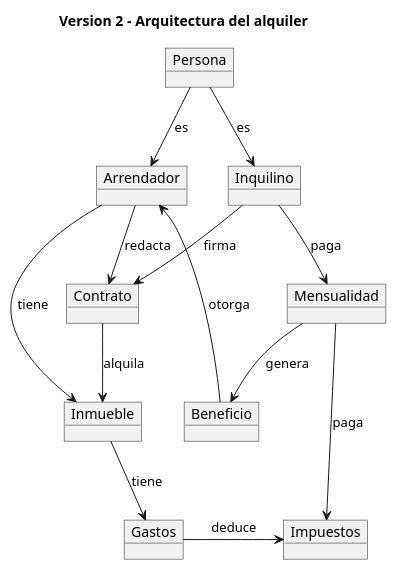
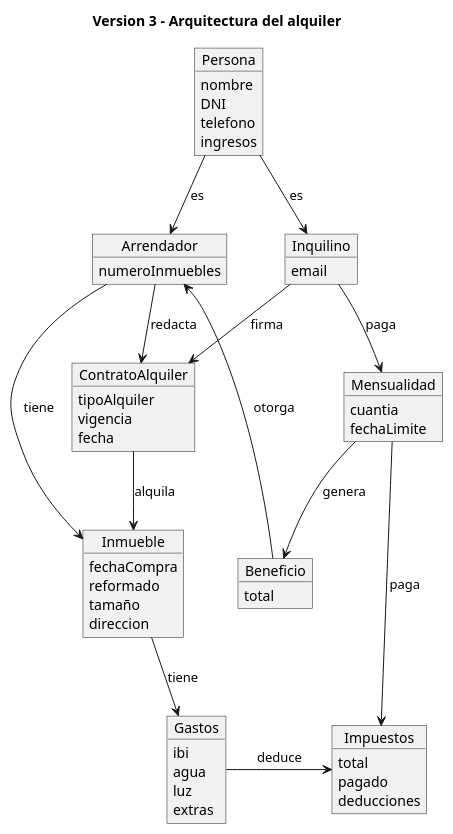
Before and after one commit to UNE-Jose/26-27-IDSW1: the diagram in entregas/delaasuncionJose/modeloDelDominio/diagramas/modelo.puml, drawn with PlantUML.

Commit message:
v3 propiedades

```diff
--- a/entregas/delaasuncionJose/modeloDelDominio/diagramas/modelo.puml
+++ b/entregas/delaasuncionJose/modeloDelDominio/diagramas/modelo.puml
@@ -1,27 +1,59 @@
-@startuml v2
-title Version 2 - Arquitectura del alquiler
+@startuml v3
+title Version 3 - Arquitectura del alquiler
 
-object Persona
-object Arrendador
-object Inquilino
-object Contrato
-object Inmueble
-object Mensualidad
-object Gastos
-object Impuestos
-object Beneficio
+object Persona {
+  nombre
+  DNI
+  telefono
+  ingresos
+}
+object Arrendador {
+  numeroInmuebles
+}
+object Inquilino {
+  email
+}
+object ContratoAlquiler {
+  tipoAlquiler
+  vigencia
+  fecha
+}
+object Inmueble {
+  fechaCompra
+  reformado
+  tamaño
+  direccion
+}
+object Mensualidad {
+  cuantia
+  fechaLimite
+}
+object Gastos {
+  ibi 
+  agua
+  luz
+  extras
+}
+object Impuestos {
+  total
+  pagado
+  deducciones
+}
+object Beneficio {
+  total
+}
 
 Persona --> Arrendador : es
 Persona --> Inquilino : es
 Arrendador --> Inmueble : tiene
-Arrendador --> Contrato : redacta
-Inquilino --> Contrato : firma
-Contrato --> Inmueble : alquila
+Arrendador --> ContratoAlquiler : redacta
+Inquilino --> ContratoAlquiler : firma
+ContratoAlquiler --> Inmueble : alquila
 Inquilino --> Mensualidad : paga
 Mensualidad --> Impuestos : paga
 Inmueble --> Gastos : tiene
 Gastos -> Impuestos : deduce
 Mensualidad --> Beneficio : genera
 Beneficio -up-> Arrendador : otorga
 
 @enduml
```
